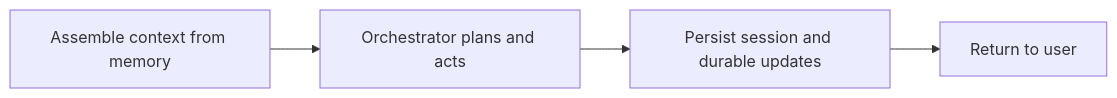
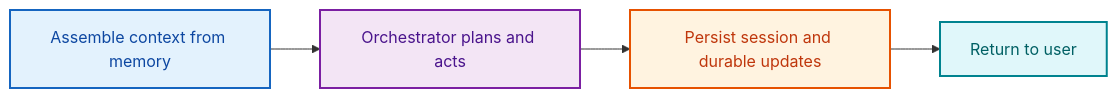
One commit to srirama4n/adk_long_term changed the first of 10 diagrams in docs/doc.md. Above: the diagram before and after it, drawn with Mermaid. The commit also changed other lines of this file, not shown here.

````diff
--- a/docs/doc.md
+++ b/docs/doc.md
@@ -54,6 +54,16 @@
 ```mermaid
 flowchart LR
     A["Assemble context from memory"] --> B["Orchestrator plans and acts"]
     B --> C["Persist session and durable updates"]
     C --> D["Return to user"]
+
+    classDef context fill:#E3F2FD,stroke:#1565C0,stroke-width:2px,color:#0D47A1
+    classDef orchestrate fill:#F3E5F5,stroke:#7B1FA2,stroke-width:2px,color:#4A148C
+    classDef persist fill:#FFF3E0,stroke:#E65100,stroke-width:2px,color:#BF360C
+    classDef output fill:#E0F7FA,stroke:#00838F,stroke-width:2px,color:#006064
+
+    class A context
+    class B orchestrate
+    class C persist
+    class D output
 ```
````
